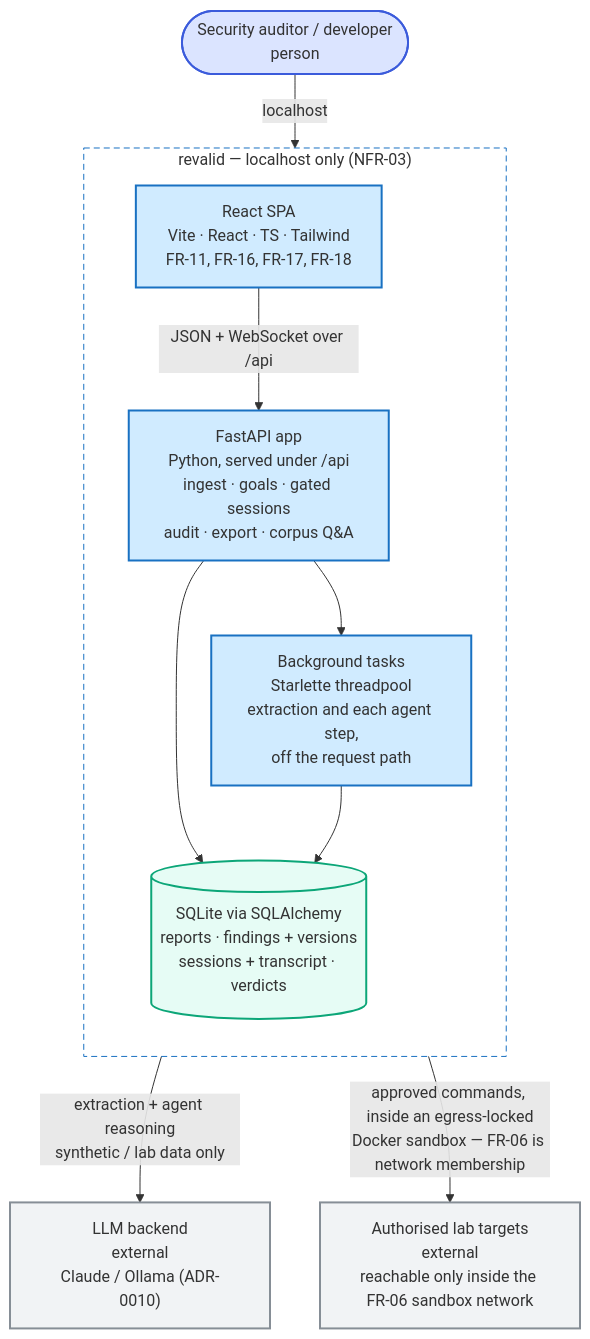
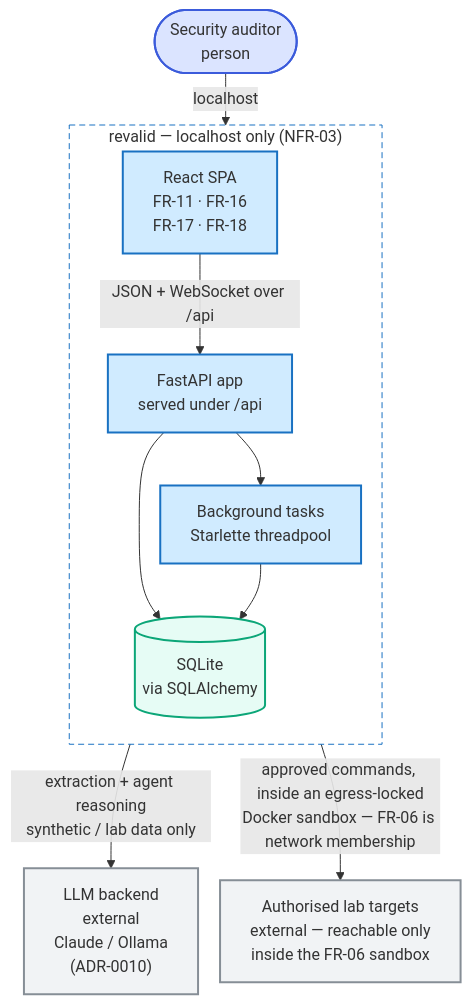
One commit to SelfishCoconut/revalid changed the second of 8 diagrams in docs/architecture/c4.md. Above: the diagram before and after it, drawn with Mermaid. The commit also changed 17 other files, not shown here.

````diff
--- a/docs/architecture/c4.md
+++ b/docs/architecture/c4.md
@@ -38,33 +38,34 @@
 ```mermaid
+%%{init: {"flowchart": {"wrappingWidth": 320, "rankSpacing": 28, "nodeSpacing": 22}}}%%
 flowchart TB
-    AUD(["Security auditor / developer<br/>person"])
+    AUD(["Security auditor<br/>person"])
 
     subgraph BOUND["revalid — localhost only (NFR-03)"]
         direction TB
-        SPA["React SPA<br/>Vite · React · TS · Tailwind<br/>FR-11, FR-16, FR-17, FR-18"]
-        API["FastAPI app<br/>Python, served under /api<br/>ingest · goals · gated sessions<br/>audit · export · corpus Q&A"]
-        WRK["Background tasks<br/>Starlette threadpool<br/>extraction and each agent step,<br/>off the request path"]
-        DB[("SQLite via SQLAlchemy<br/>reports · findings + versions<br/>sessions + transcript · verdicts")]
+        SPA["React SPA<br/>FR-11 · FR-16<br/>FR-17 · FR-18"]
+        API["FastAPI app<br/>served under /api"]
+        WRK["Background tasks<br/>Starlette threadpool"]
+        DB[("SQLite<br/>via SQLAlchemy")]
     end
 
-    LLM["LLM backend<br/>external<br/>Claude / Ollama (ADR-0010)"]
-    LAB["Authorised lab targets<br/>external<br/>reachable only inside the FR-06 sandbox network"]
+    LLM["LLM backend<br/>external<br/>Claude / Ollama<br/>(ADR-0010)"]
+    LAB["Authorised lab targets<br/>external — reachable only<br/>inside the FR-06 sandbox"]
 
     AUD -->|"localhost"| SPA
     SPA -->|"JSON + WebSocket over /api"| API
     API --> WRK
     API --> DB
     WRK --> DB
     WRK -->|"extraction + agent reasoning<br/>synthetic / lab data only"| LLM
     API -->|"approved commands, inside an egress-locked<br/>Docker sandbox — FR-06 is network membership"| LAB
 
     classDef person fill:#dbe4ff,stroke:#3b5bdb,stroke-width:2px
     classDef container fill:#d0ebff,stroke:#1971c2,stroke-width:2px
     classDef store fill:#e6fcf5,stroke:#0ca678,stroke-width:2px
     classDef ext fill:#f1f3f5,stroke:#868e96,stroke-width:2px
     class AUD person
     class SPA,API,WRK container
     class DB store
     class LLM,LAB ext
     style BOUND fill:none,stroke:#1971c2,stroke-dasharray:6 4
 ```
````
